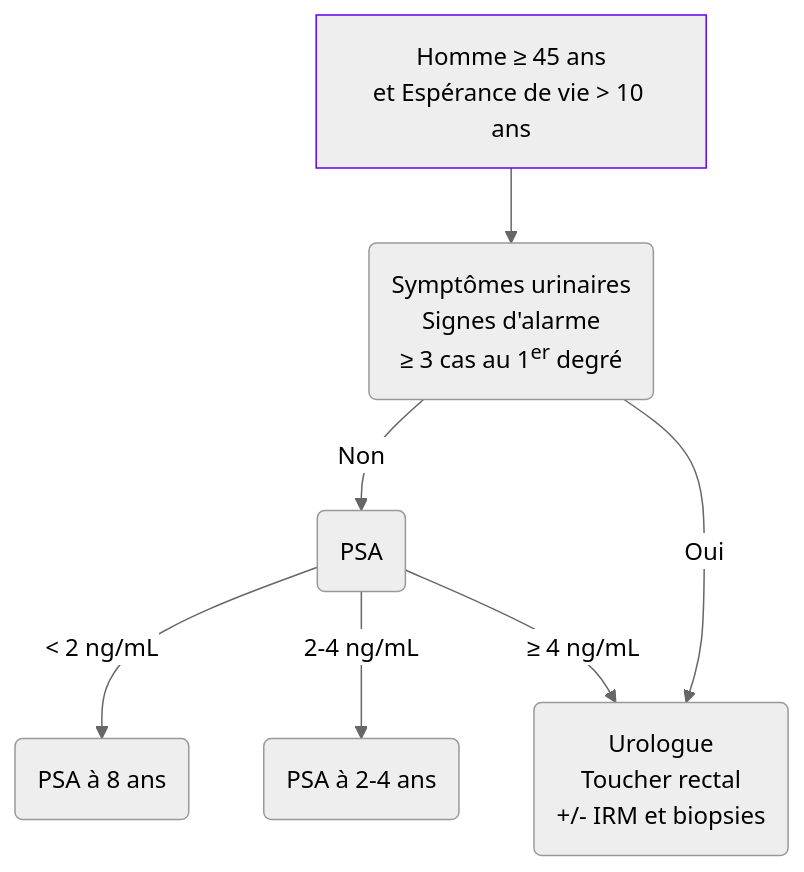
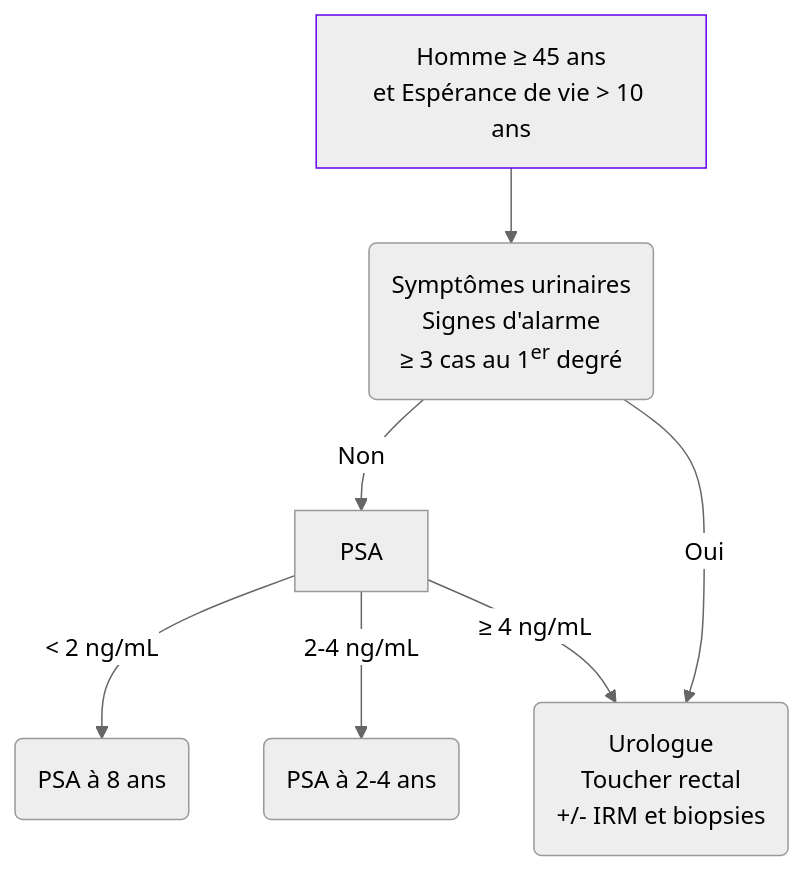
The diagram in content/recommandations/cancer-prostate.md (djibe/recommandations-medicales), drawn with Mermaid (neutral theme) before and after one commit. The commit also changed 20 other files, not shown here.

```diff
--- a/content/recommandations/cancer-prostate.md
+++ b/content/recommandations/cancer-prostate.md
@@ -80,10 +80,10 @@
 {{< mermaid >}}
 graph TB
   homme["Homme ≥ 45 ans<br>et Espérance de vie > 10 ans"] --> symptomes("Symptômes urinaires<br>Signes d'alarme<br>≥ 3 cas au 1<sup>er</sup> degré")
   style homme stroke:#6200ee, stroke-width:1px
-    symptomes -- "Non" --> PSA(PSA)
-      PSA -- "< 2 ng/mL" --> leger(PSA à 8 ans)
+    symptomes -- Non --> PSA
+      PSA -- "&lt; 2 ng/mL" --> leger(PSA à 8 ans)
       PSA -- "2-4 ng/mL" --> modere(PSA à 2-4 ans)
       PSA -- "≥ 4 ng/mL" --> severe("Urologue<br>Toucher rectal<br>+/- IRM et biopsies")
-    symptomes --"Oui"--> severe
+    symptomes -- Oui --> severe
 {{< /mermaid >}}
```
